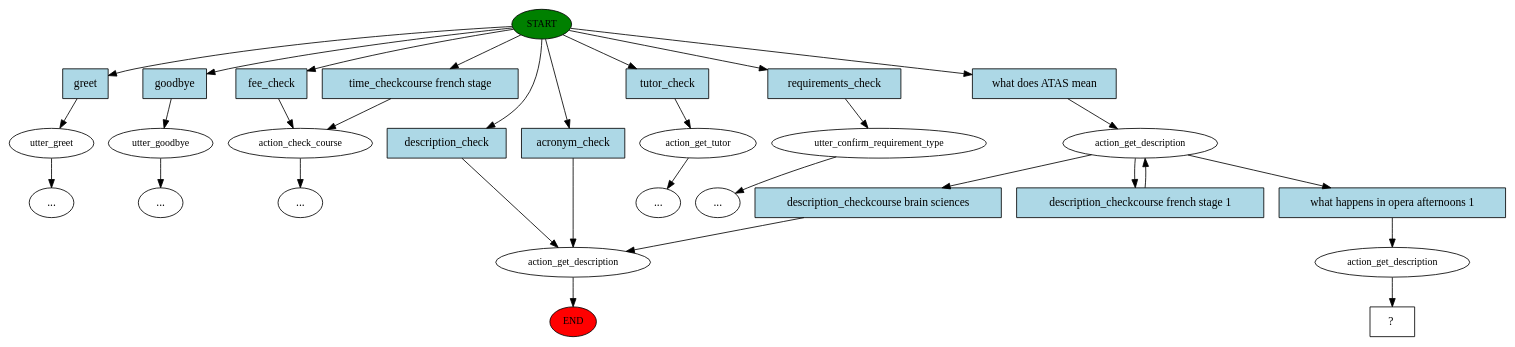
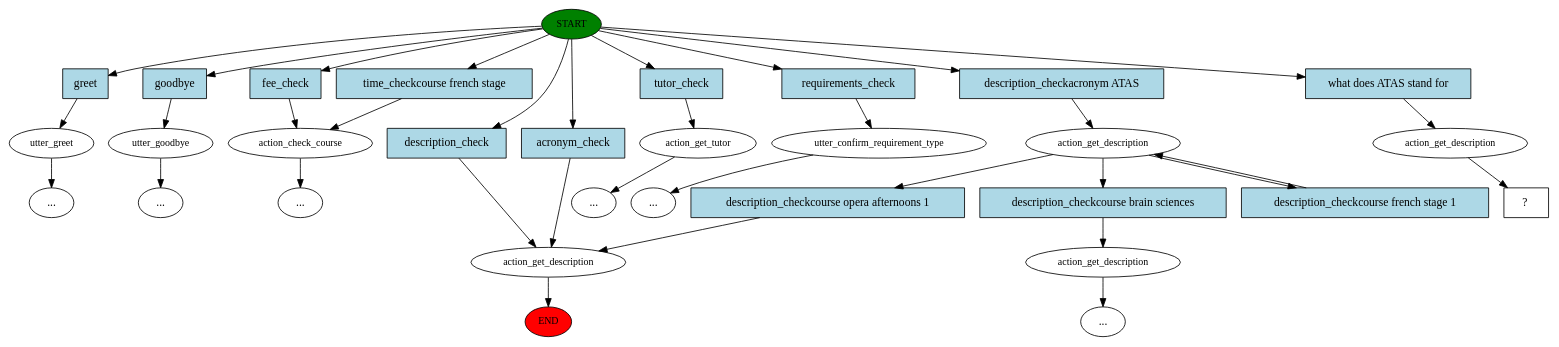
The diagram in chat-service/model/story_graph.dot (leonore/ugenie), drawn with Graphviz before and after one commit. The commit also changed 3 other files, not shown here.

```diff
--- a/chat-service/model/story_graph.dot
+++ b/chat-service/model/story_graph.dot
@@ -1,61 +1,67 @@
 digraph  {
 0 [class="start active", fillcolor=green, fontsize=12, label=START, style=filled];
 "-1" [class=end, fillcolor=red, fontsize=12, label=END, style=filled];
 1 [class="", fontsize=12, label=utter_greet];
 "-3" [class=ellipsis, label="..."];
 2 [class="", fontsize=12, label=utter_goodbye];
 "-4" [class=ellipsis, label="..."];
 3 [class="", fontsize=12, label=action_check_course];
 7 [class="", fontsize=12, label=action_get_description];
 9 [class="", fontsize=12, label=action_get_tutor];
 "-9" [class=ellipsis, label="..."];
 10 [class="", fontsize=12, label=utter_confirm_requirement_type];
 "-10" [class=ellipsis, label="..."];
 "-12" [class=ellipsis, label="..."];
-13 [class=active, fontsize=12, label=action_get_description];
-19 [class=active, fontsize=12, label=action_get_description];
-20 [class="intent dashed active", label="  ?  ", shape=rect];
-21 [class=intent, fillcolor=lightblue, label=greet, shape=rect, style=filled];
-22 [class=intent, fillcolor=lightblue, label=goodbye, shape=rect, style=filled];
-23 [class=intent, fillcolor=lightblue, label=fee_check, shape=rect, style=filled];
-24 [class=intent, fillcolor=lightblue, label="time_checkcourse french stage", shape=rect, style=filled];
-25 [class=intent, fillcolor=lightblue, label=description_check, shape=rect, style=filled];
-26 [class=intent, fillcolor=lightblue, label=acronym_check, shape=rect, style=filled];
-27 [class=intent, fillcolor=lightblue, label=tutor_check, shape=rect, style=filled];
-28 [class=intent, fillcolor=lightblue, label=requirements_check, shape=rect, style=filled];
-29 [class="intent active", fillcolor=lightblue, label="what does ATAS mean", shape=rect, style=filled];
-30 [class=intent, fillcolor=lightblue, label="description_checkcourse brain sciences", shape=rect, style=filled];
-31 [class=intent, fillcolor=lightblue, label="description_checkcourse french stage 1", shape=rect, style=filled];
-32 [class="intent active", fillcolor=lightblue, label="what happens in opera afternoons 1", shape=rect, style=filled];
-0 -> 21  [class="", key=0];
+13 [class="", fontsize=12, label=action_get_description];
+17 [class="", fontsize=12, label=action_get_description];
+"-13" [class=ellipsis, label="..."];
+20 [class=active, fontsize=12, label=action_get_description];
+21 [class="intent dashed active", label="  ?  ", shape=rect];
+22 [class=intent, fillcolor=lightblue, label=greet, shape=rect, style=filled];
+23 [class=intent, fillcolor=lightblue, label=goodbye, shape=rect, style=filled];
+24 [class=intent, fillcolor=lightblue, label=fee_check, shape=rect, style=filled];
+25 [class=intent, fillcolor=lightblue, label="time_checkcourse french stage", shape=rect, style=filled];
+26 [class=intent, fillcolor=lightblue, label=description_check, shape=rect, style=filled];
+27 [class=intent, fillcolor=lightblue, label=acronym_check, shape=rect, style=filled];
+28 [class=intent, fillcolor=lightblue, label=tutor_check, shape=rect, style=filled];
+29 [class=intent, fillcolor=lightblue, label=requirements_check, shape=rect, style=filled];
+30 [class=intent, fillcolor=lightblue, label="description_checkacronym ATAS", shape=rect, style=filled];
+31 [class="intent active", fillcolor=lightblue, label="what does ATAS stand for", shape=rect, style=filled];
+32 [class=intent, fillcolor=lightblue, label="description_checkcourse opera afternoons 1", shape=rect, style=filled];
+33 [class=intent, fillcolor=lightblue, label="description_checkcourse brain sciences", shape=rect, style=filled];
+34 [class=intent, fillcolor=lightblue, label="description_checkcourse french stage 1", shape=rect, style=filled];
 0 -> 22  [class="", key=0];
 0 -> 23  [class="", key=0];
 0 -> 24  [class="", key=0];
 0 -> 25  [class="", key=0];
 0 -> 26  [class="", key=0];
 0 -> 27  [class="", key=0];
 0 -> 28  [class="", key=0];
-0 -> 29  [class=active, key=0];
+0 -> 29  [class="", key=0];
+0 -> 30  [class="", key=0];
+0 -> 31  [class=active, key=0];
 1 -> "-3"  [class="", key=NONE, label=""];
 2 -> "-4"  [class="", key=NONE, label=""];
 3 -> "-12"  [class="", key=NONE, label=""];
 7 -> "-1"  [class="", key=NONE, label=""];
 9 -> "-9"  [class="", key=NONE, label=""];
 10 -> "-10"  [class="", key=NONE, label=""];
-13 -> 30  [class="", key=0];
-13 -> 31  [class="", key=0];
-13 -> 32  [class=active, key=0];
-19 -> 20  [class=active, key=NONE, label=""];
-21 -> 1  [class="", key=0];
-22 -> 2  [class="", key=0];
-23 -> 3  [class="", key=0];
+13 -> 32  [class="", key=0];
+13 -> 33  [class="", key=0];
+13 -> 34  [class="", key=0];
+17 -> "-13"  [class="", key=NONE, label=""];
+20 -> 21  [class=active, key=NONE, label=""];
+22 -> 1  [class="", key=0];
+23 -> 2  [class="", key=0];
 24 -> 3  [class="", key=0];
-25 -> 7  [class="", key=0];
+25 -> 3  [class="", key=0];
 26 -> 7  [class="", key=0];
-27 -> 9  [class="", key=0];
-28 -> 10  [class="", key=0];
-29 -> 13  [class=active, key=0];
-30 -> 7  [class="", key=0];
-31 -> 13  [class="", key=0];
-32 -> 19  [class=active, key=0];
+27 -> 7  [class="", key=0];
+28 -> 9  [class="", key=0];
+29 -> 10  [class="", key=0];
+30 -> 13  [class="", key=0];
+31 -> 20  [class=active, key=0];
+32 -> 7  [class="", key=0];
+33 -> 17  [class="", key=0];
+34 -> 13  [class="", key=0];
 }
```
